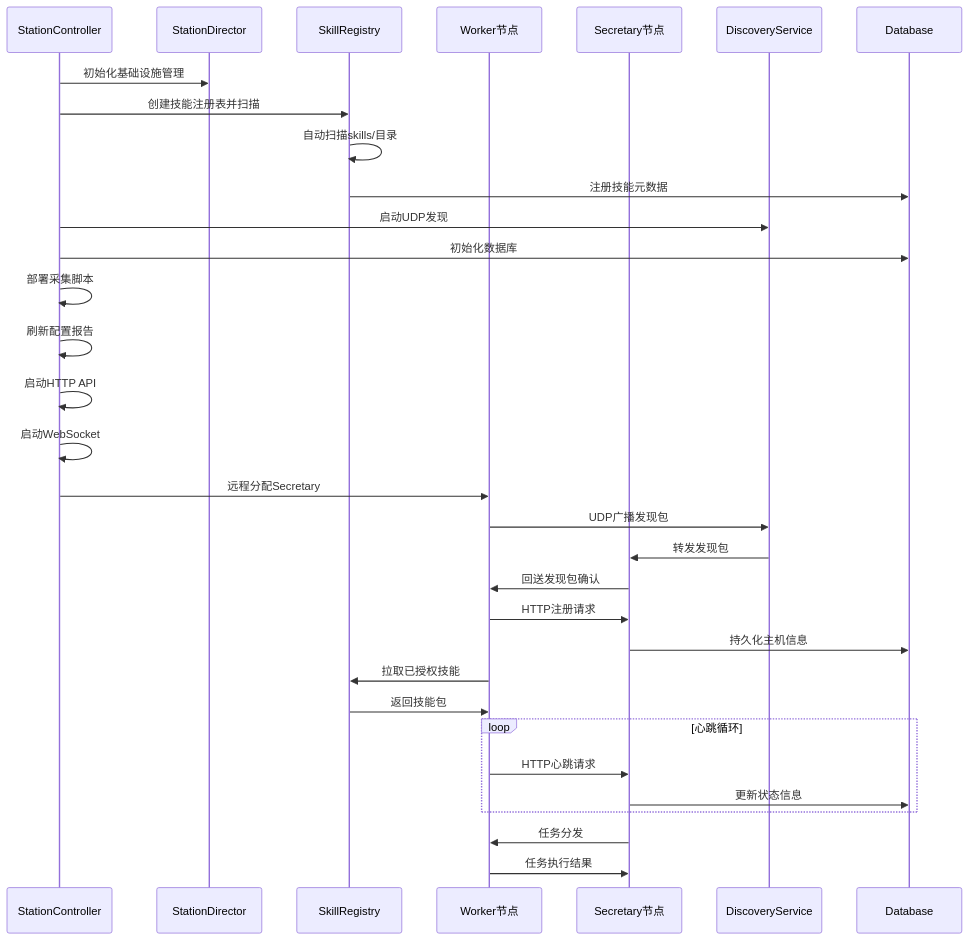
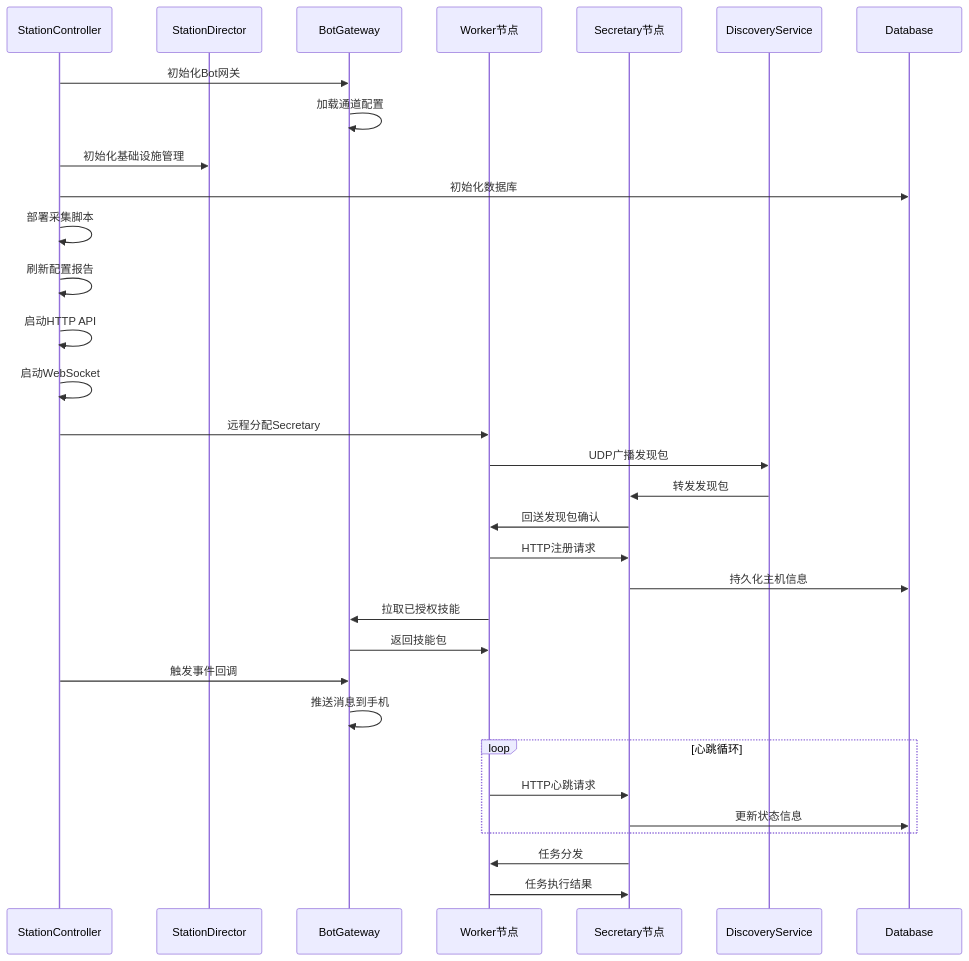
One commit to targalian/Personal-distributed-workstation changed the fourth of 19 diagrams in .qoder/repowiki/zh/content/核心模块/工作站管理模块.md. Above: the diagram before and after it, drawn with Mermaid. The commit also changed other lines of this file and 85 other files, not shown here.

````diff
--- a/.qoder/repowiki/zh/content/核心模块/工作站管理模块.md
+++ b/.qoder/repowiki/zh/content/核心模块/工作站管理模块.md
@@ -319,34 +367,34 @@
 ```mermaid
 sequenceDiagram
 participant SC as StationController
 participant SD as StationDirector
-participant SR as SkillRegistry
+participant BG as BotGateway
 participant W as Worker节点
 participant S as Secretary节点
 participant D as DiscoveryService
 participant DB as Database
+SC->>BG : 初始化Bot网关
+BG->>BG : 加载通道配置
 SC->>SD : 初始化基础设施管理
-SC->>SR : 创建技能注册表并扫描
-SR->>SR : 自动扫描skills/目录
-SR->>DB : 注册技能元数据
-SC->>D : 启动UDP发现
 SC->>DB : 初始化数据库
 SC->>SC : 部署采集脚本
 SC->>SC : 刷新配置报告
 SC->>SC : 启动HTTP API
 SC->>SC : 启动WebSocket
 SC->>W : 远程分配Secretary
 W->>D : UDP广播发现包
 D->>S : 转发发现包
 S->>W : 回送发现包确认
 W->>S : HTTP注册请求
 S->>DB : 持久化主机信息
-W->>SR : 拉取已授权技能
-SR->>W : 返回技能包
+W->>BG : 拉取已授权技能
+BG->>W : 返回技能包
+SC->>BG : 触发事件回调
+BG->>BG : 推送消息到手机
 loop 心跳循环
 W->>S : HTTP心跳请求
 S->>DB : 更新状态信息
 end
 S->>W : 任务分发
 W->>S : 任务执行结果
 ```
````
